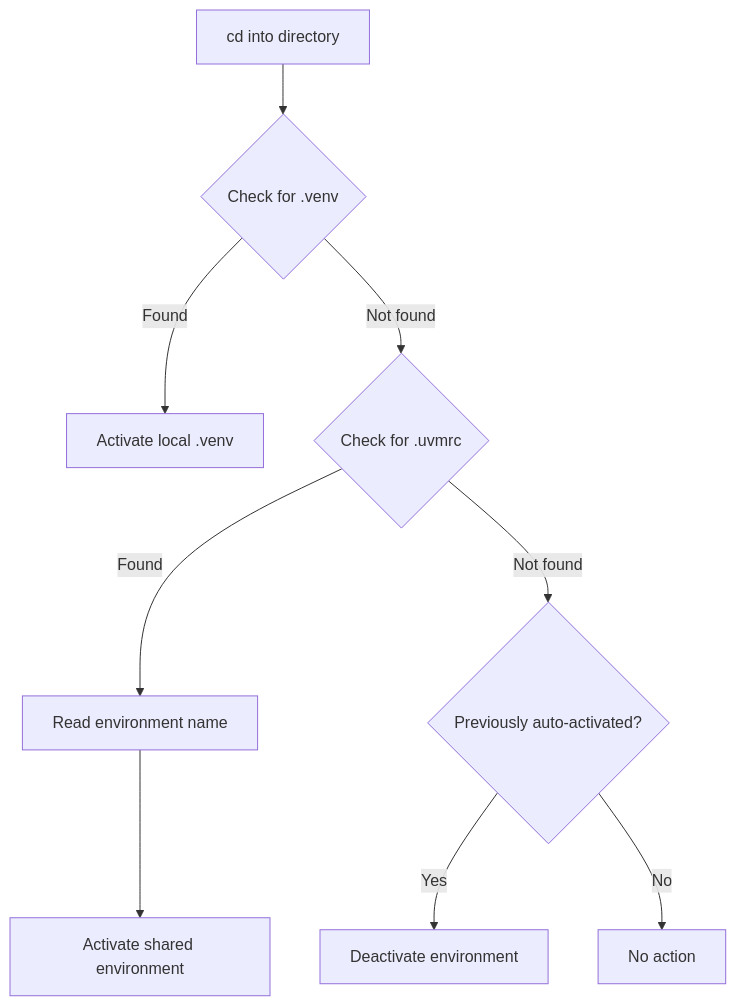
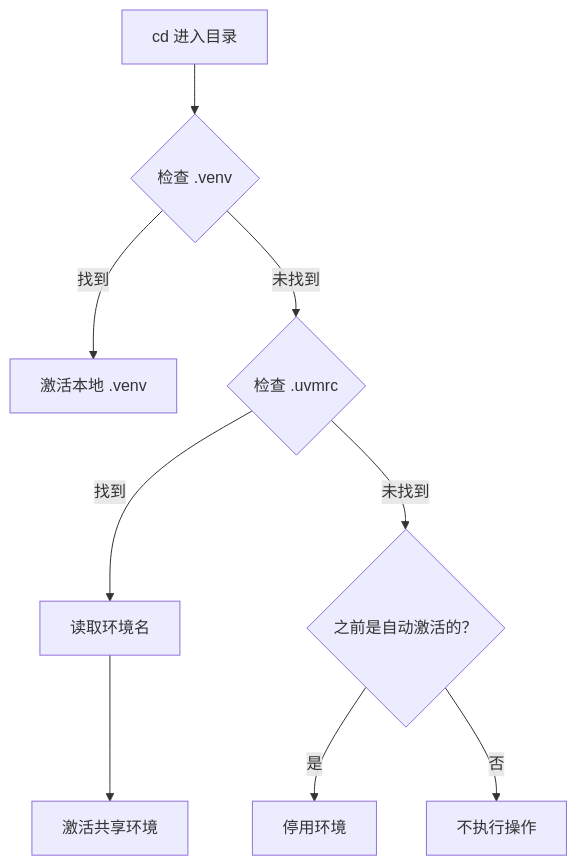
The diagram in README.md (Tendo33/uvm), drawn with Mermaid before and after one commit. The commit also changed other lines of this file and 7 other files, not shown here.

````diff
--- a/README.md
+++ b/README.md
@@ -400,11 +415,11 @@
 ```mermaid
 graph TD
-    A[cd into directory] --> B{Check for .venv}
-    B -->|Found| C[Activate local .venv]
-    B -->|Not found| D{Check for .uvmrc}
-    D -->|Found| E[Read environment name]
-    E --> F[Activate shared environment]
-    D -->|Not found| G{Previously auto-activated?}
-    G -->|Yes| H[Deactivate environment]
-    G -->|No| I[No action]
+    A[cd 进入目录] --> B{检查 .venv}
+    B -->|找到| C[激活本地 .venv]
+    B -->|未找到| D{检查 .uvmrc}
+    D -->|找到| E[读取环境名]
+    E --> F[激活共享环境]
+    D -->|未找到| G{之前是自动激活的？}
+    G -->|是| H[停用环境]
+    G -->|否| I[不执行操作]
 ```
````
